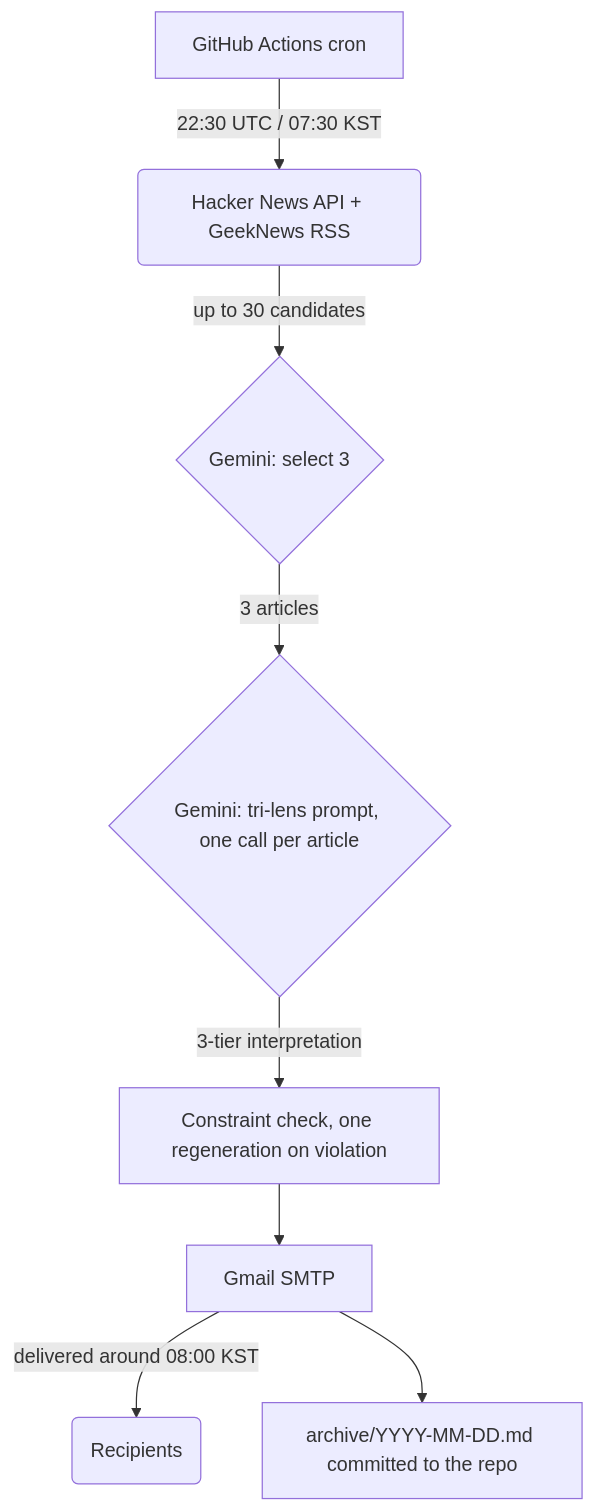
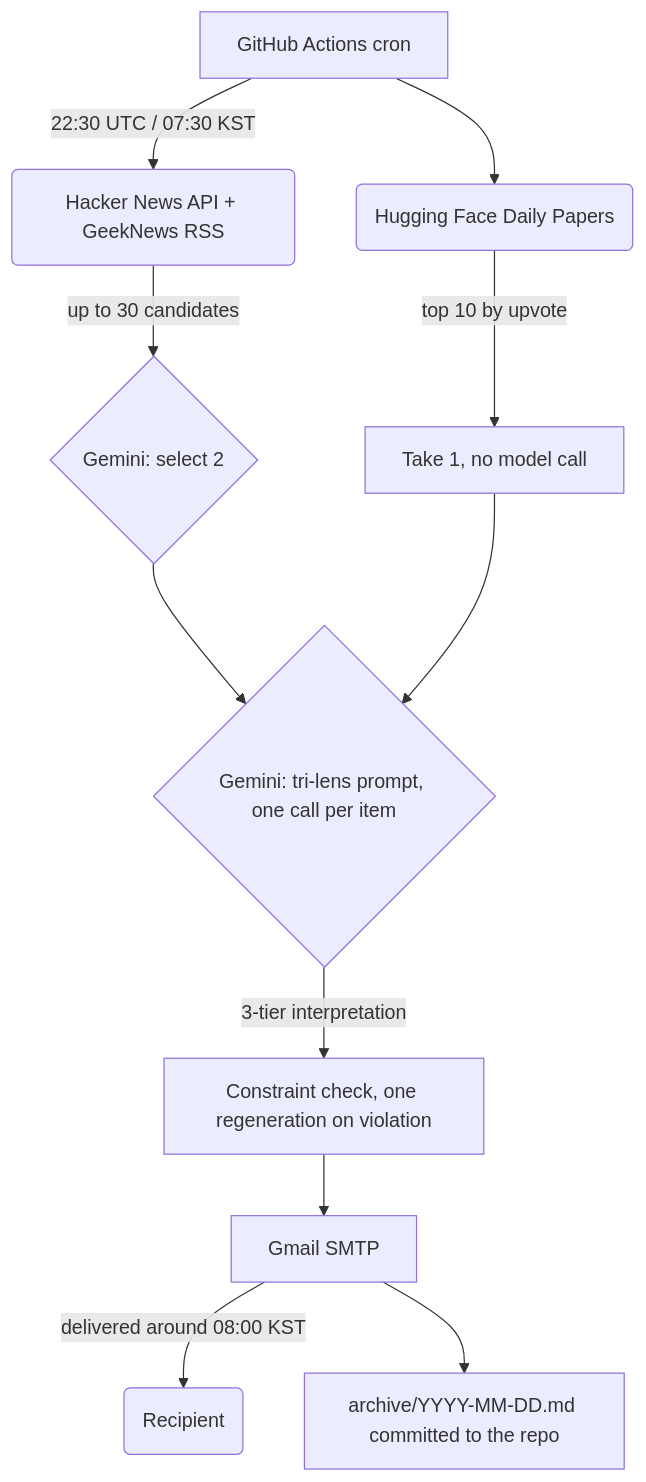
One commit to liminal-cipher/tri-lens-news changed the diagram in README.md. Above: the diagram before and after it, drawn with Mermaid. The commit also changed other lines of this file, not shown here.

````diff
--- a/README.md
+++ b/README.md
@@ -28,10 +33,13 @@
 ```mermaid
 graph TD
     A[GitHub Actions cron] -->|22:30 UTC / 07:30 KST| B(Hacker News API + GeekNews RSS)
-    B -->|up to 30 candidates| C{Gemini: select 3}
-    C -->|3 articles| D{Gemini: tri-lens prompt, one call per article}
+    A --> P(Hugging Face Daily Papers)
+    B -->|up to 30 candidates| C{Gemini: select 2}
+    P -->|top 10 by upvote| Q[Take 1, no model call]
+    C --> D{Gemini: tri-lens prompt, one call per item}
+    Q --> D
     D -->|3-tier interpretation| V[Constraint check, one regeneration on violation]
     V --> E[Gmail SMTP]
-    E -->|delivered around 08:00 KST| F(Recipients)
+    E -->|delivered around 08:00 KST| F(Recipient)
     E --> G[archive/YYYY-MM-DD.md committed to the repo]
 ```
````
